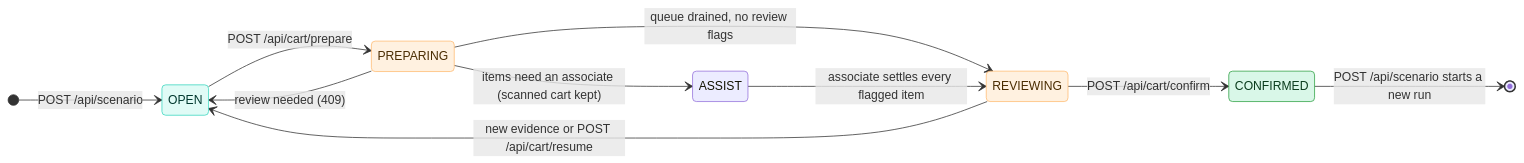
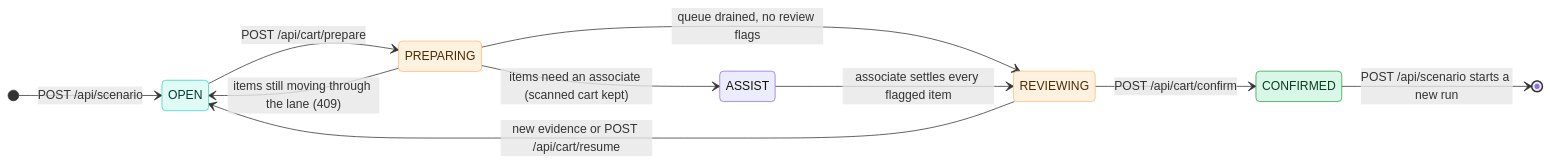
Before and after one commit to dangermos/ProPass: the diagram in docs/api.md, drawn with Mermaid.

Commit message:
API doc: prepare is blocked only while items are still moving

````diff
--- a/docs/api.md
+++ b/docs/api.md
@@ -58,20 +58,20 @@
 ```mermaid
 stateDiagram-v2
     direction LR
     [*] --> OPEN: POST /api/scenario
     OPEN --> PREPARING: POST /api/cart/prepare
     PREPARING --> REVIEWING: queue drained, no review flags
-    PREPARING --> OPEN: review needed (409)
+    PREPARING --> OPEN: items still moving through the lane (409)
     REVIEWING --> OPEN: new evidence or POST /api/cart/resume
     PREPARING --> ASSIST: items need an associate (scanned cart kept)
     ASSIST --> REVIEWING: associate settles every flagged item
     REVIEWING --> CONFIRMED: POST /api/cart/confirm
     CONFIRMED --> [*]: POST /api/scenario starts a new run
 
     classDef open fill:#e0fbf6,stroke:#38d6bf,color:#00382f
     classDef prep fill:#fff1e0,stroke:#ffbb71,color:#4a2c00
     classDef done fill:#d9f7e8,stroke:#2ea043,color:#0b3d1d
     class OPEN open
     class PREPARING,REVIEWING prep
     class CONFIRMED done
 ```
````
